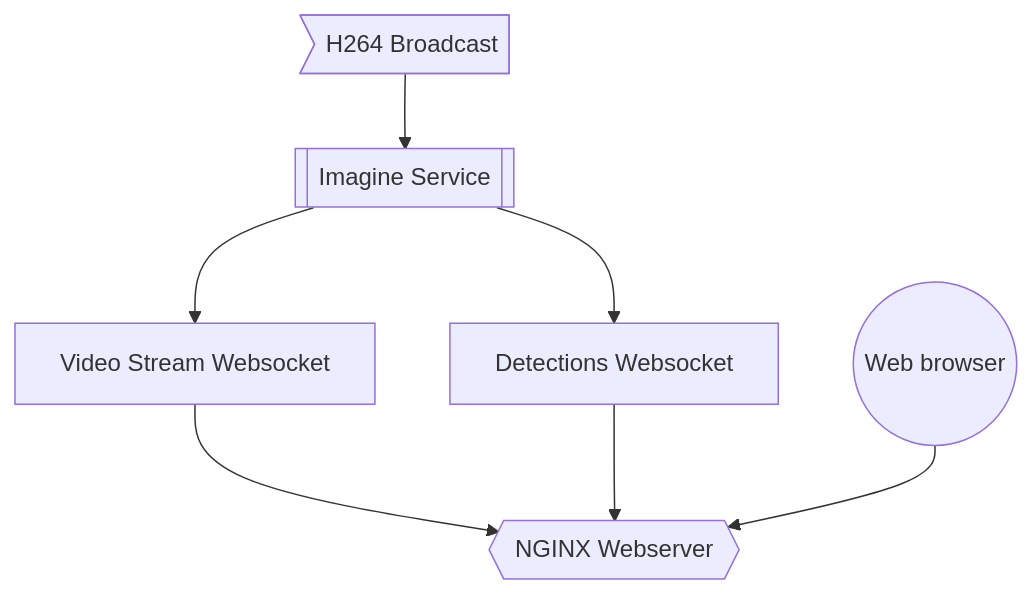
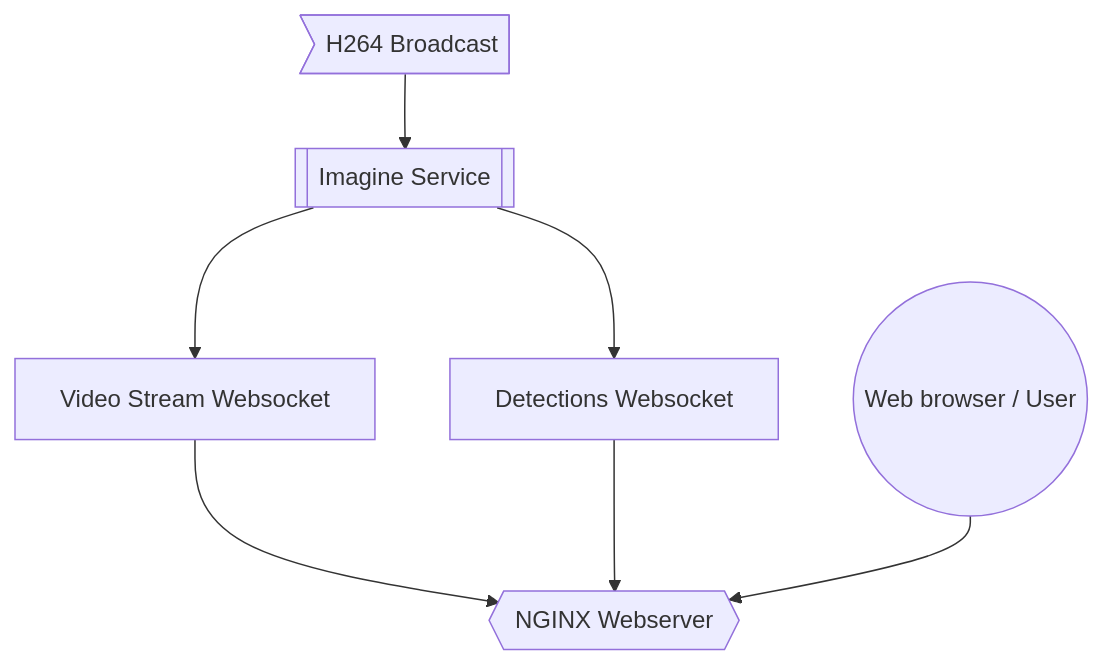
One commit to stakach/imagine-monitor changed the diagram in README.md. Above: the diagram before and after it, drawn with Mermaid.

Commit message:
update graph

````diff
--- a/README.md
+++ b/README.md
@@ -5,9 +5,9 @@
 ```mermaid
 flowchart TD
     B>H264 Broadcast] --> I[[Imagine Service]]
     I --> V[Video Stream Websocket]
     I --> D[Detections Websocket]
     V --> N{{NGINX Webserver}}
     D --> N
-    U((Web browser)) --> N
+    U((Web browser / User)) --> N
 ```
````
